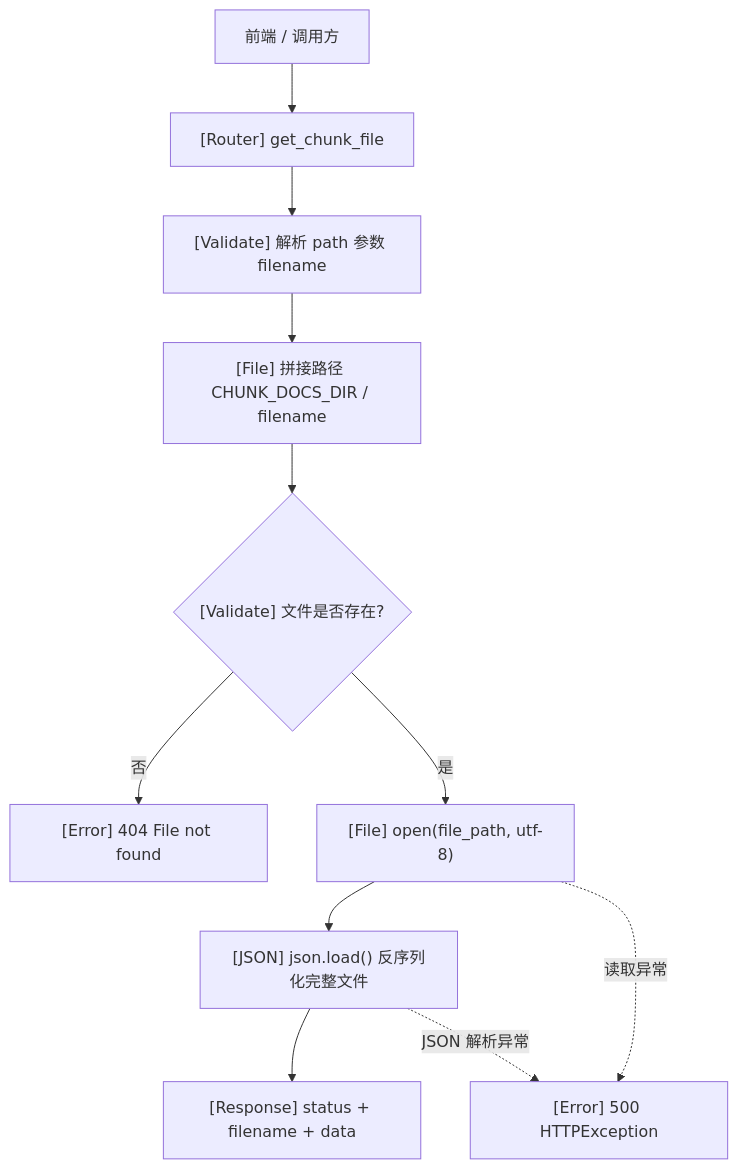
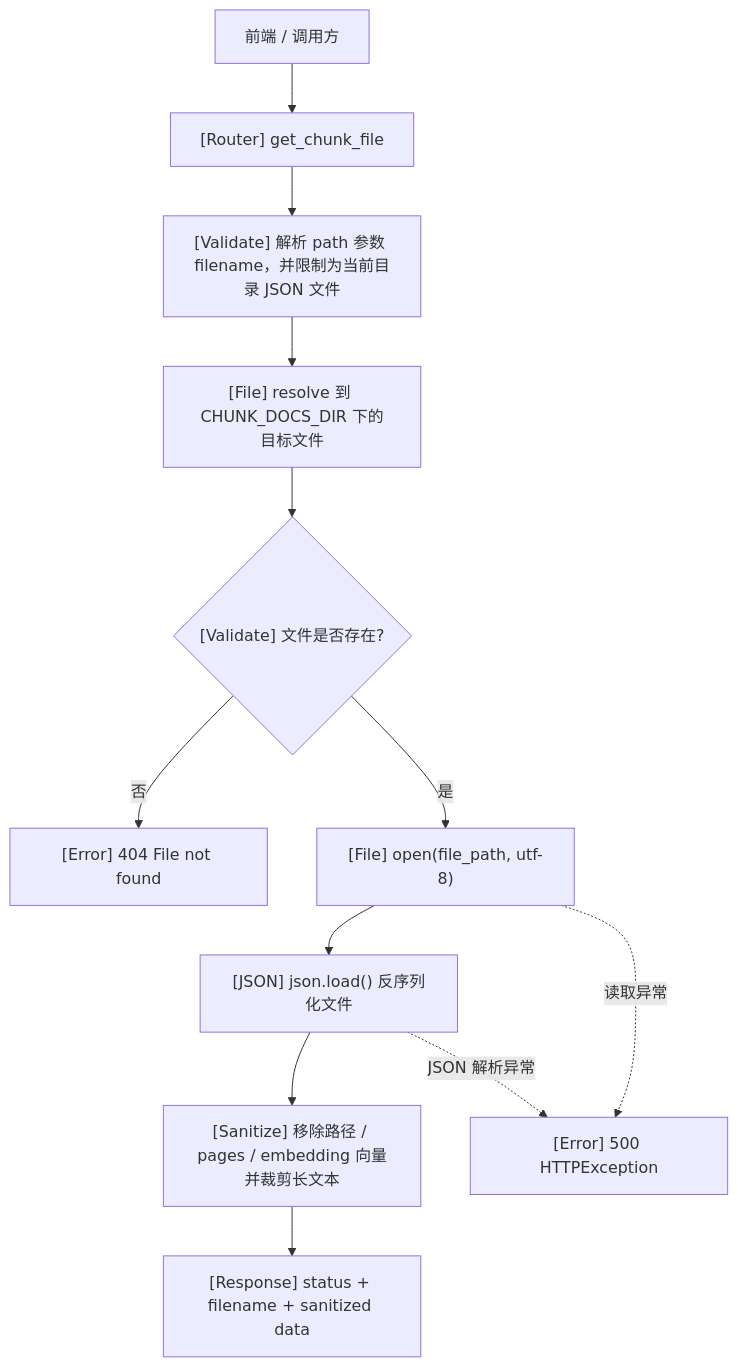
One commit to PolarisSun729/arxiv-research-agent changed the third of 3 diagrams in docs/architecture/routers/chunk_router_flow.md. Above: the diagram before and after it, drawn with Mermaid. The commit also changed other lines of this file and 75 other files, not shown here.

````diff
--- a/docs/architecture/routers/chunk_router_flow.md
+++ b/docs/architecture/routers/chunk_router_flow.md
@@ -137,13 +140,14 @@
 ```mermaid
 flowchart TD
     A["前端 / 调用方"] --> B["[Router] get_chunk_file"]
-    B --> C["[Validate] 解析 path 参数 filename"]
-    C --> D["[File] 拼接路径 CHUNK_DOCS_DIR / filename"]
+    B --> C["[Validate] 解析 path 参数 filename，并限制为当前目录 JSON 文件"]
+    C --> D["[File] resolve 到 CHUNK_DOCS_DIR 下的目标文件"]
     D --> E{"[Validate] 文件是否存在?"}
     E -->|否| F["[Error] 404 File not found"]
     E -->|是| G["[File] open(file_path, utf-8)"]
-    G --> H["[JSON] json.load() 反序列化完整文件"]
-    H --> I["[Response] status + filename + data"]
+    G --> H["[JSON] json.load() 反序列化文件"]
+    H --> S["[Sanitize] 移除路径 / pages / embedding 向量并裁剪长文本"]
+    S --> I["[Response] status + filename + sanitized data"]
     G -. "读取异常" .-> J["[Error] 500 HTTPException"]
     H -. "JSON 解析异常" .-> J
 ```
````
